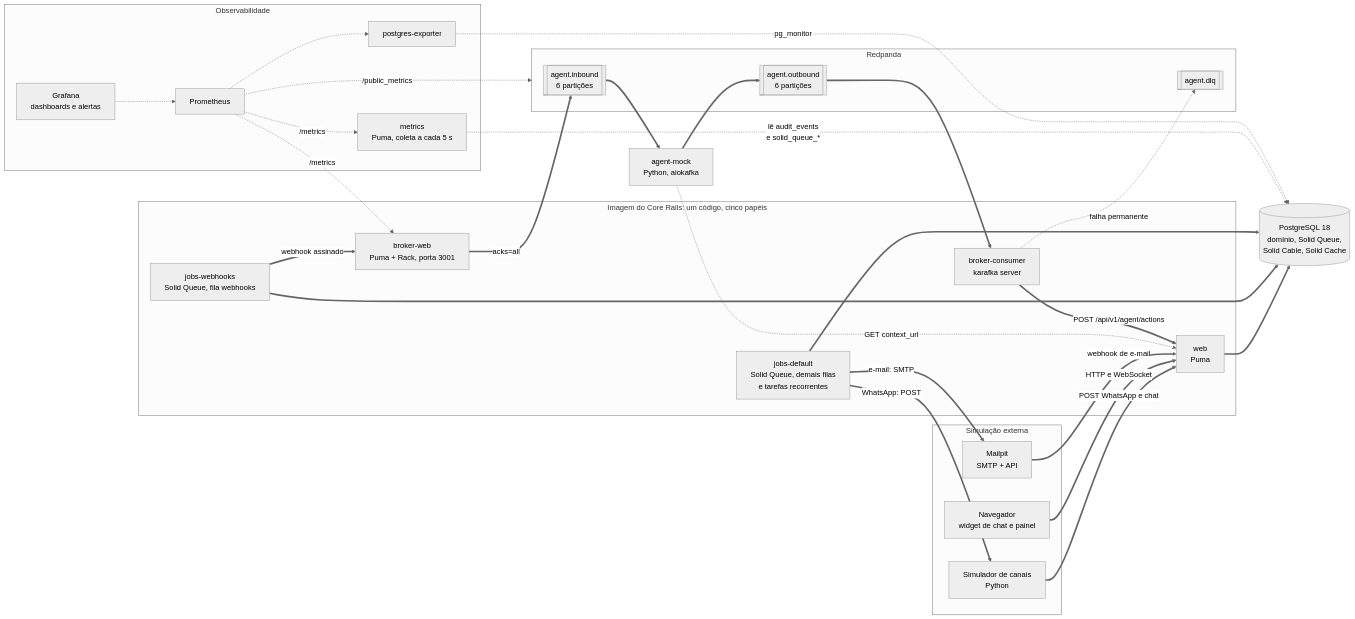
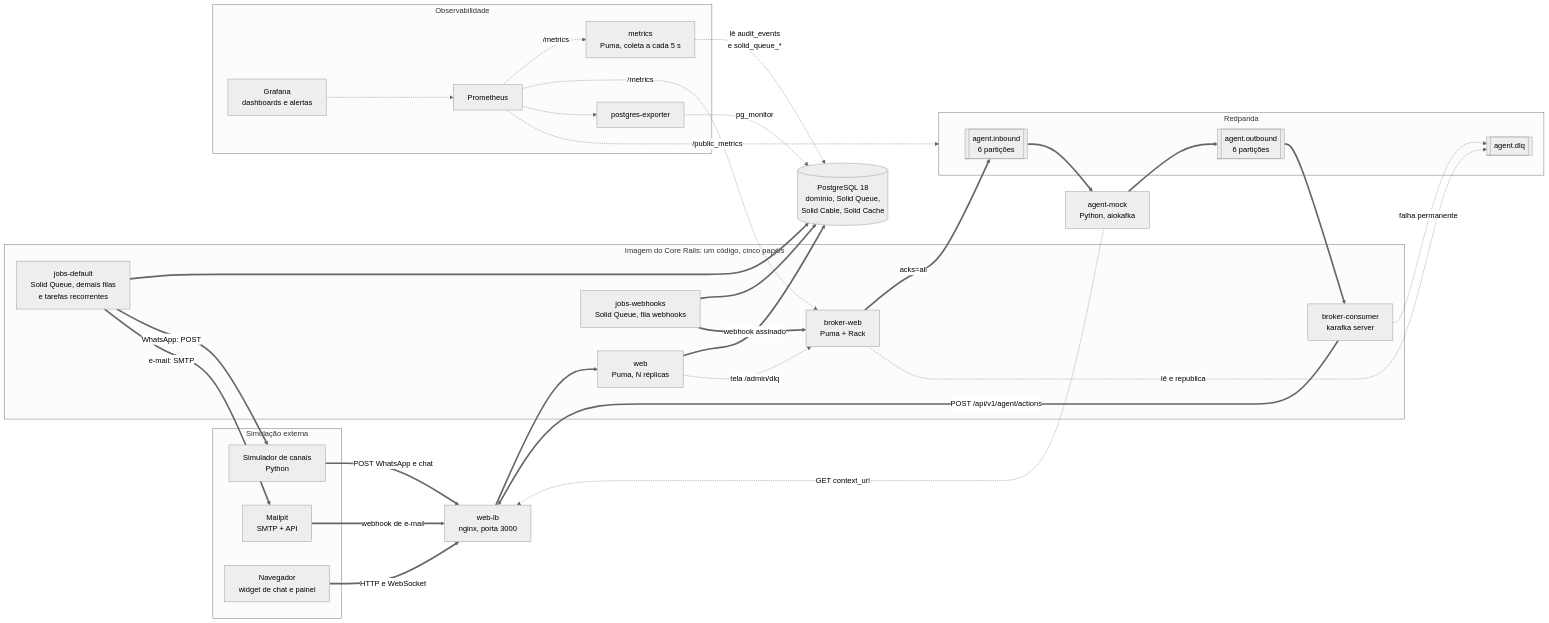
One commit to lcordeirokopke/Cloudesk changed the second of 24 diagrams in documents/arquitetura.md. Above: the diagram before and after it, drawn with Mermaid (neutral theme). The commit also changed other lines of this file and 57 other files, not shown here.

Commit message:
feat: adiciona robustez e escala com réplicas, limite de taxa por marca e reprocessamento da DLQ

````diff
--- a/documents/arquitetura.md
+++ b/documents/arquitetura.md
@@ -117,61 +117,66 @@
 ```mermaid
 flowchart LR
     subgraph EXT["Simulação externa"]
         SIM["Simulador de canais<br/>Python"]
         MP["Mailpit<br/>SMTP + API"]
         NAV["Navegador<br/>widget de chat e painel"]
     end
 
+    LB["web-lb<br/>nginx, porta 3000"]
+
     subgraph IMG["Imagem do Core Rails: um código, cinco papéis"]
-        WEB["web<br/>Puma"]
+        WEB["web<br/>Puma, N réplicas"]
         JW["jobs-webhooks<br/>Solid Queue, fila webhooks"]
         JD["jobs-default<br/>Solid Queue, demais filas<br/>e tarefas recorrentes"]
-        BW["broker-web<br/>Puma + Rack, porta 3001"]
+        BW["broker-web<br/>Puma + Rack"]
         BC["broker-consumer<br/>karafka server"]
     end
 
     PG[("PostgreSQL 18<br/>domínio, Solid Queue,<br/>Solid Cable, Solid Cache")]
 
     subgraph RP["Redpanda"]
         TIN[["agent.inbound<br/>6 partições"]]
         TOUT[["agent.outbound<br/>6 partições"]]
         TDLQ[["agent.dlq"]]
     end
 
     AG["agent-mock<br/>Python, aiokafka"]
 
-    SIM ==>|"POST WhatsApp e chat"| WEB
-    NAV ==>|"HTTP e WebSocket"| WEB
-    MP ==>|"webhook de e-mail"| WEB
+    SIM ==>|"POST WhatsApp e chat"| LB
+    NAV ==>|"HTTP e WebSocket"| LB
+    MP ==>|"webhook de e-mail"| LB
+    LB ==> WEB
 
     WEB ==> PG
     JW ==> PG
     JD ==> PG
 
     JW ==>|"webhook assinado"| BW
     BW ==>|"acks=all"| TIN
     TIN ==> AG
-    AG -.->|"GET context_url"| WEB
+    AG -.->|"GET context_url"| LB
     AG ==> TOUT
     TOUT ==> BC
-    BC ==>|"POST /api/v1/agent/actions"| WEB
+    BC ==>|"POST /api/v1/agent/actions"| LB
     BC -.->|"falha permanente"| TDLQ
+    WEB -.->|"tela /admin/dlq"| BW
+    BW -.->|"lê e republica"| TDLQ
 
     JD ==>|"WhatsApp: POST"| SIM
     JD ==>|"e-mail: SMTP"| MP
 
     subgraph OBS["Observabilidade"]
         MET["metrics<br/>Puma, coleta a cada 5 s"]
         PEX["postgres-exporter"]
         PROM["Prometheus"]
         GRAF["Grafana<br/>dashboards e alertas"]
     end
 
     MET -.->|"lê audit_events<br/>e solid_queue_*"| PG
     PEX -.->|"pg_monitor"| PG
     PROM -.->|"/metrics"| MET
     PROM -.->|"/metrics"| BW
     PROM -.->|"/public_metrics"| RP
     PROM -.-> PEX
     GRAF -.-> PROM
 ```
````
